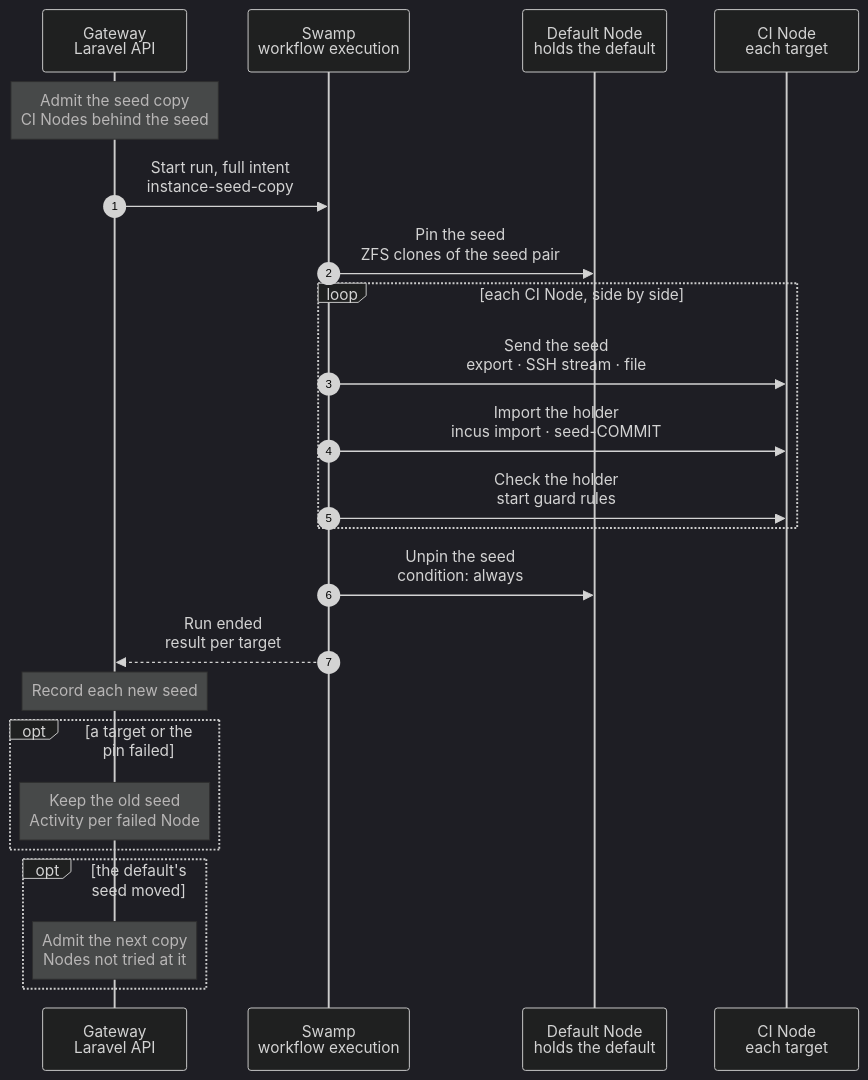
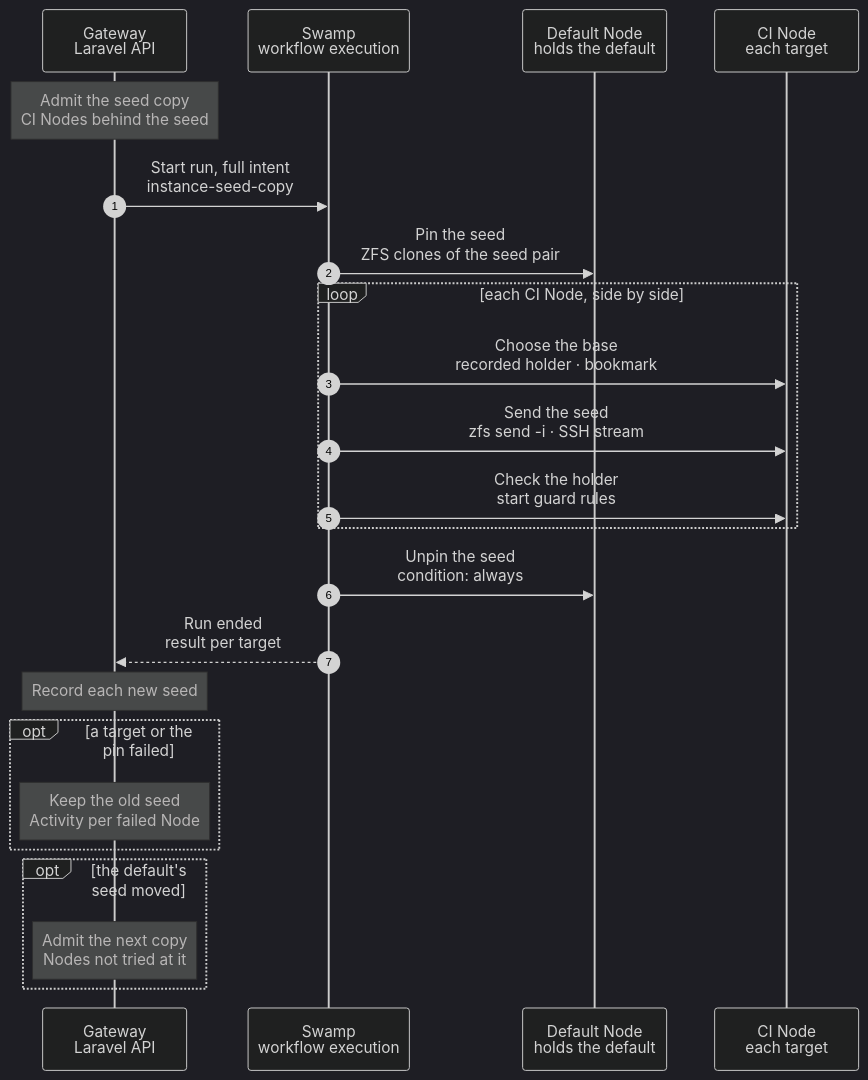
Before and after one commit to hardimpactdev/orbit: the diagram in docs/cli/instance/seed-copy.mmd, drawn with Mermaid (dark theme). The commit also changed 2 other files, not shown here.

Commit message:
docs(ci): the seed copy sends only the change since each CI Node's last seed
Owner decision: the seed stream passes the Swamp worker, which is remote
from the CI Nodes and short of CPU, and a full seed pair is large. Each CI
Node keeps its last received seed as the base of the next copy, and the
default's Node keeps a ZFS bookmark of it; the copy sends zfs send -i from
that base. A full send happens only when a Node has no common seed. The
old holder goes only after the new one is checked and recorded.

```diff
--- a/docs/cli/instance/seed-copy.mmd
+++ b/docs/cli/instance/seed-copy.mmd
@@ -1,76 +1,86 @@
 sequenceDiagram
-  %% Target design, ADR 0260 build step 4 (docs/reference/development-containers.md#the-seed-on-each-ci-node): each CI Node that hosts proof copies keeps its own seed of the proof Project's default. One run per seed of the default pins the seed once on the default's Node and sends it to every CI Node whose seed is behind; each target may fail alone. Rejected: one seed that every copy fetches over the network at its start (ADR 0260), a seed Instance per CI Node that refreshes its own fleet, and an Incus copy between Nodes, which needs Incus API trust between them.
+  %% Target design, ADR 0260 build step 4 (docs/reference/development-containers.md#the-seed-on-each-ci-node): each CI Node that hosts proof copies keeps its own seed of the proof Project's default. One run per seed of the default pins the seed once on the default's Node and sends it to every CI Node whose seed is behind; each target may fail alone. Decided by the owner (2026-11-16): the send is incremental. The stream passes the Swamp worker, which is remote from the CI Nodes and short of CPU, and a full seed pair is large; so each CI Node keeps its last seed as the base of the next one, and a full send happens only when a Node has no common seed. Rejected: one seed that every copy fetches over the network at its start (ADR 0260), a seed Instance per CI Node that refreshes its own fleet, and an Incus copy between Nodes, which needs Incus API trust between them.
   %% status: draft
   %% command: none · after the proof default records a seed, or a CI Node's ci-runner add or converge passes
   %% kind: instance.seed_copy
   autonumber
   %% lane GW icon=gateway pill=intent tone=blue
   %% lane SW icon=workflow pill=executes tone=green
   %% lane N icon=server pill=target tone=amber
   %% lane C icon=server pill=target tone=purple
   participant GW as Gateway<br/>Laravel API
   participant SW as Swamp<br/>workflow execution
   participant N as Default Node<br/>holds the default
   participant C as CI Node<br/>each target
   Note over GW: Admit the seed copy<br/>CI Nodes behind the seed
   %%> Started by:
   %%> - the proof default records a new seed: the refresh after a release, or an `instance:deploy` of the default
   %%> - a `ci-runner` add or converge of a CI Node that hosts proof copies passes
   %%> - a seed copy ends: for the Nodes it did not try at the default's current seed
   %%> Requirements:
   %%> - the proof Project's default is active and has a seed; a seed is its commit and the time the default took it
   %%> - targets: every CI Node that hosts proof copies whose recorded seed is not that seed (docs/reference/node-provisioning.md#proof-copies-on-a-ci-node); with none, nothing is admitted
   %%> - one copy at a time: an open copy holds the default's seed-copy lock, `operation.target_busy`
   %%> Result:
-  %%> - a task is recorded with the full intent: the default's Node and seed pair, and per target its recorded holder and the new holder `proof-seed-OPERATION`
+  %%> - a task is recorded with the full intent: the default's Node and seed pair, the recorded holder of every CI Node that hosts proof copies, and per target the new holder `proof-seed-OPERATION`
   GW->>SW: Start run, full intent<br/>instance-seed-copy
   SW->>N: Pin the seed<br/>ZFS clones of the seed pair
   %%> What it does:
   %%> - copies the container snapshot `seed-COMMIT` and the volume snapshot of the same name into the stopped pair `seed-copy-OPERATION`, as ZFS clones
   %%> - takes the default's seed lock on the Node, the one the seed step holds during a retake, so it never reads a pair that a retake is replacing
+  %%> - marks both snapshots of the seed pair with the ZFS bookmark `proof-seed-OPERATION`: the default's half of the next base; a bookmark holds no data and never stops a retake from deleting an old seed
   %%> - first deletes a pinned pair that an earlier run left
   %%> Why:
   %%> - a later retake of the default cannot change what the copy reads; one pin serves every target, so it takes one ID range on the default's Node
   %%> On failure:
   %%> - no free ID range, or the seed is gone: `instance.seed_copy_failed`; no target is tried
   loop each CI Node, side by side
-    SW->>C: Send the seed<br/>export · SSH stream · file
+    SW->>C: Choose the base<br/>recorded holder · bookmark
     %%> What it does:
-    %%> - first deletes each holder on the Node that is neither recorded nor this run's, so an old holder goes only after the Gateway recorded the new one
-    %%> - exports the pinned container and its volume as ZFS streams (`--optimized-storage`) on the default's Node and streams them through the worker's two SSH connections into one file on the CI Node; nothing stays on the worker
+    %%> - first deletes each holder on the Node that is neither recorded nor this run's, so an old holder goes only after the Gateway checked and recorded the new one
+    %%> - the base is the recorded holder `proof-seed-X` when its snapshot `seed-COMMIT` and its volume's snapshot are on the Node and the bookmark `proof-seed-X` is on both datasets of the default's Node
     %%> Why:
+    %%> - the last seed the Node received is the base of the next one; the bookmark is the same snapshot on the default's side, so `zfs send -i` can start from it
+    %%> Result:
+    %%> - with no base (the Node's first seed, or a failure lost it): this target gets a full send; the other targets are not changed
+    SW->>C: Send the seed<br/>zfs send -i · SSH stream
+    %%> What it does:
+    %%> - with a base: makes the new holder `proof-seed-OPERATION` and its volume `proof-seed-OPERATION-inner` in `orbit-instances-nested` as clones of the base, beside the recorded holder; sends the change from the bookmark to the seed, for the container and for its volume (`zfs send -i`)
+    %%> - without a base: sends the full seed pair into the new holder and its volume
+    %%> - streams from `zfs send` on the default's Node through the worker's two SSH connections straight into `zfs receive` on the CI Node; nothing stays on the worker or in a file
+    %%> - the received snapshot is the holder's snapshot `seed-COMMIT`; Incus takes no new one, so the snapshot keeps the identity the next change needs
+    %%> - the holder never starts
+    %%> Why:
+    %%> - the worker is remote from the CI Nodes and short of CPU, and a full seed pair is large; a release changes a small part of it
     %%> - the worker already reaches both Nodes over SSH; no Node trusts another
-    SW->>C: Import the holder<br/>incus import · seed-COMMIT
-    %%> What it does:
-    %%> - imports the holder `proof-seed-OPERATION` and its volume `proof-seed-OPERATION-inner` in `orbit-instances-nested`, beside the recorded holder, then snapshots both as `seed-COMMIT`; the file goes
-    %%> - the holder never starts
     %%> On failure:
-    %%> - no free ID range for the import or the snapshot: the detail says `No free ID range for the new seed`
+    %%> - no free ID range for the new holder: the detail says `No free ID range for the new seed`
     SW->>C: Check the holder<br/>start guard rules
     %%> What it does:
     %%> - the holder's config and devices match the default's, as the start guard checks them; the volume has exactly the inner volume's keys
     %%> On failure:
-    %%> - this target fails with `instance.seed_copy_failed` and deletes what it made on its Node; its recorded holder stays; the other targets go on
+    %%> - this target fails with `instance.seed_copy_failed` and deletes what it made on its Node; its recorded holder stays, and it is the base of the next copy; the other targets go on
   end
   SW->>N: Unpin the seed<br/>condition: always
   %%> What it does:
   %%> - deletes the pinned pair, also after a failed target or a failed pin
+  %%> - deletes each bookmark `proof-seed-*` that is neither this run's nor named by a CI Node's recorded holder
   SW-->>GW: Run ended<br/>result per target
   %%> How the Gateway learns it:
   %%> - its shared run reader sees the terminal event; Swamp never calls the Gateway
   Note over GW: Record each new seed
   %%> Result:
   %%> - each Node whose target passed records the new holder, its commit and its time as its seed; it offers proof places again
   %%> - a proof copy on that Node clones the recorded holder with the clone step of every copy
   opt a target or the pin failed
     Note over GW: Keep the old seed<br/>Activity per failed Node
     %%> Result:
     %%> - the failed Node keeps its recorded holder and offers no proof places until a copy passes; copies made earlier keep running
     %%> - the Activity row `instance.seed_copy_failed` names the Node, the Operation and the detail
     %%> - the release and the default are unchanged; the next trigger copies again, and a rerun is safe
   end
   opt the default's seed moved
     Note over GW: Admit the next copy<br/>Nodes not tried at it
     %%> When:
     %%> - the default took a newer seed while the copy ran, or a Node became a target while the copy held the lock
   end
```
